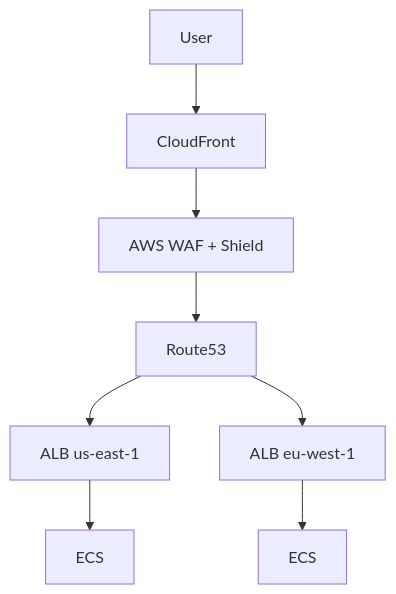
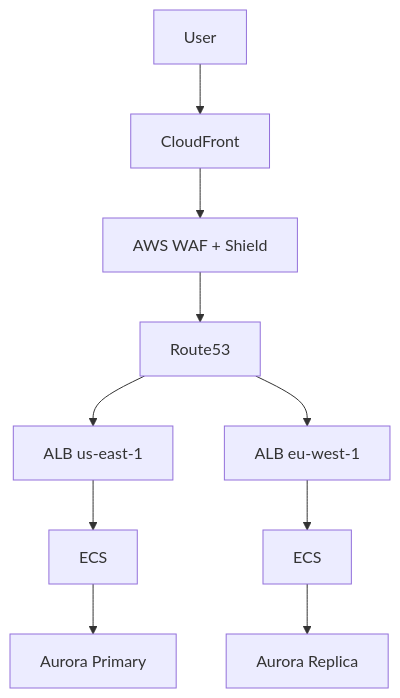
Before and after one commit to ankurchouhan/Multi-Region-AWS-Platform: the diagram in README.md, drawn with Mermaid. The commit also changed other lines of this file, not shown here.

````diff
--- a/README.md
+++ b/README.md
@@ -36,10 +82,12 @@
 ```mermaid
 flowchart TD
     User --> CF[CloudFront]
     CF --> WAF[AWS WAF + Shield]
     WAF --> R53[Route53]
     R53 --> ALB1[ALB us-east-1]
     R53 --> ALB2[ALB eu-west-1]
     ALB1 --> ECS1[ECS]
     ALB2 --> ECS2[ECS]
+    ECS1 --> DB1[Aurora Primary]
+    ECS2 --> DB2[Aurora Replica]
 ```
````
